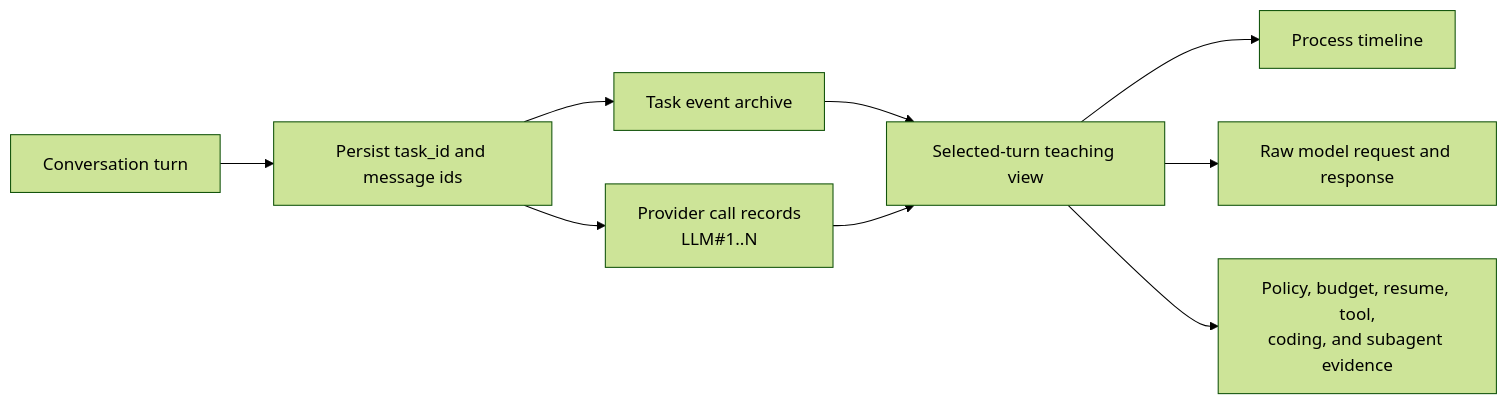
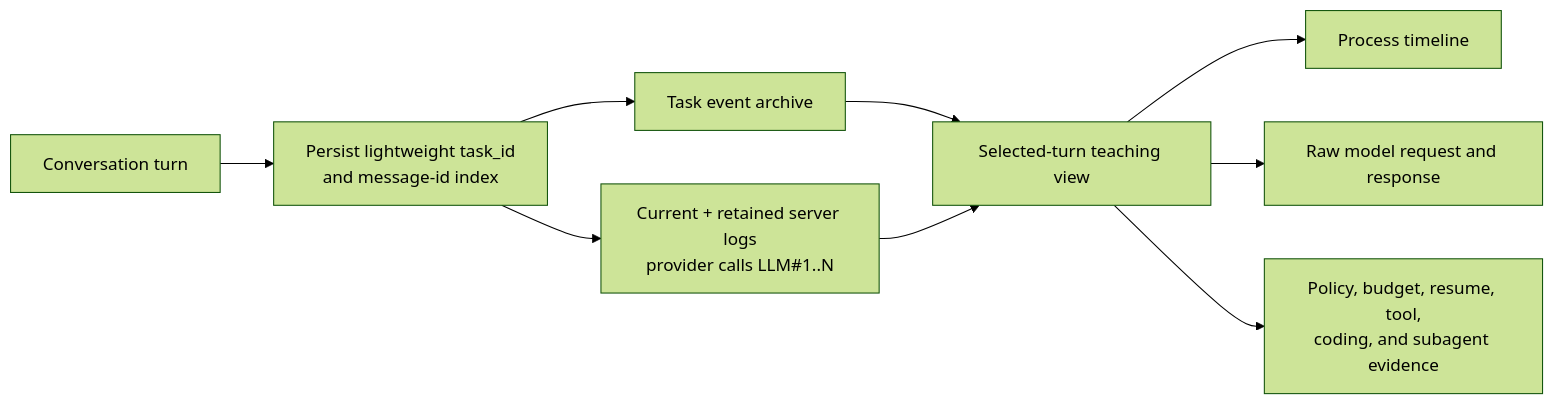
Before and after one commit to MatrixCoreX/RustClaw: the third of 3 diagrams in docs/architecture/04-coding-observability.md, drawn with Mermaid (forest theme). The commit also changed other lines of this file and 67 other files, not shown here.

````diff
--- a/docs/architecture/04-coding-observability.md
+++ b/docs/architecture/04-coding-observability.md
@@ -66,11 +70,11 @@
 ```mermaid
 flowchart LR
-    A[Conversation turn] --> B[Persist task_id and message ids]
+    A[Conversation turn] --> B[Persist lightweight task_id<br/>and message-id index]
     B --> C[Task event archive]
-    B --> D[Provider call records<br/>LLM#1..N]
+    B --> D[Current + retained server logs<br/>provider calls LLM#1..N]
     C --> E[Selected-turn teaching view]
     D --> E
     E --> F[Process timeline]
     E --> G[Raw model request and response]
     E --> H[Policy, budget, resume, tool,<br/>coding, and subagent evidence]
 ```
````
